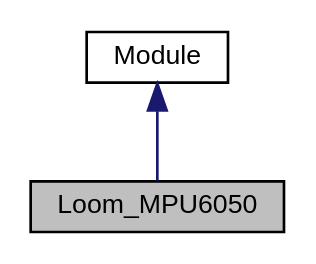
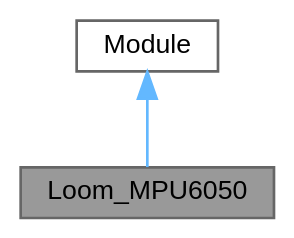
The diagram in docs/class_loom___m_p_u6050__coll__graph.dot (OPEnSLab-OSU/Loom-V4), drawn with Graphviz before and after one commit. The commit also changed 773 other files, not shown here.

```diff
--- a/docs/class_loom___m_p_u6050__coll__graph.dot
+++ b/docs/class_loom___m_p_u6050__coll__graph.dot
@@ -1,9 +1,10 @@
 digraph "Loom_MPU6050"
 {
  // LATEX_PDF_SIZE
-  edge [fontname="Helvetica",fontsize="10",labelfontname="Helvetica",labelfontsize="10"];
-  node [fontname="Helvetica",fontsize="10",shape=record];
-  Node1 [label="Loom_MPU6050",height=0.2,width=0.4,color="black", fillcolor="grey75", style="filled", fontcolor="black",tooltip=" "];
-  Node2 -> Node1 [dir="back",color="midnightblue",fontsize="10",style="solid",fontname="Helvetica"];
-  Node2 [label="Module",height=0.2,width=0.4,color="black", fillcolor="white", style="filled",URL="$class_module.html",tooltip="General overarching interface to provide basic unified functionality."];
+  bgcolor="transparent";
+  edge [fontname=Helvetica,fontsize=10,labelfontname=Helvetica,labelfontsize=10];
+  node [fontname=Helvetica,fontsize=10,shape=box,height=0.2,width=0.4];
+  Node1 [label="Loom_MPU6050",height=0.2,width=0.4,color="gray40", fillcolor="grey60", style="filled", fontcolor="black",tooltip=" "];
+  Node2 -> Node1 [dir="back",color="steelblue1",style="solid"];
+  Node2 [label="Module",height=0.2,width=0.4,color="gray40", fillcolor="white", style="filled",URL="$class_module.html",tooltip=" "];
 }
```
